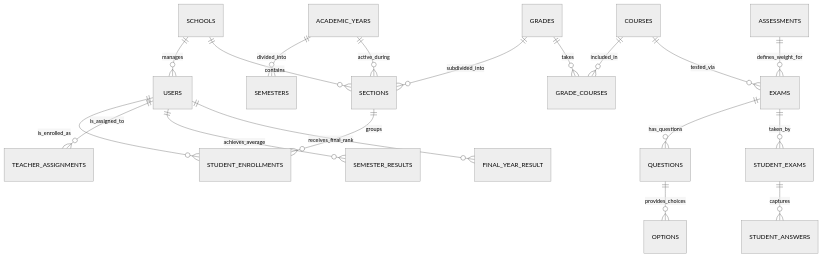
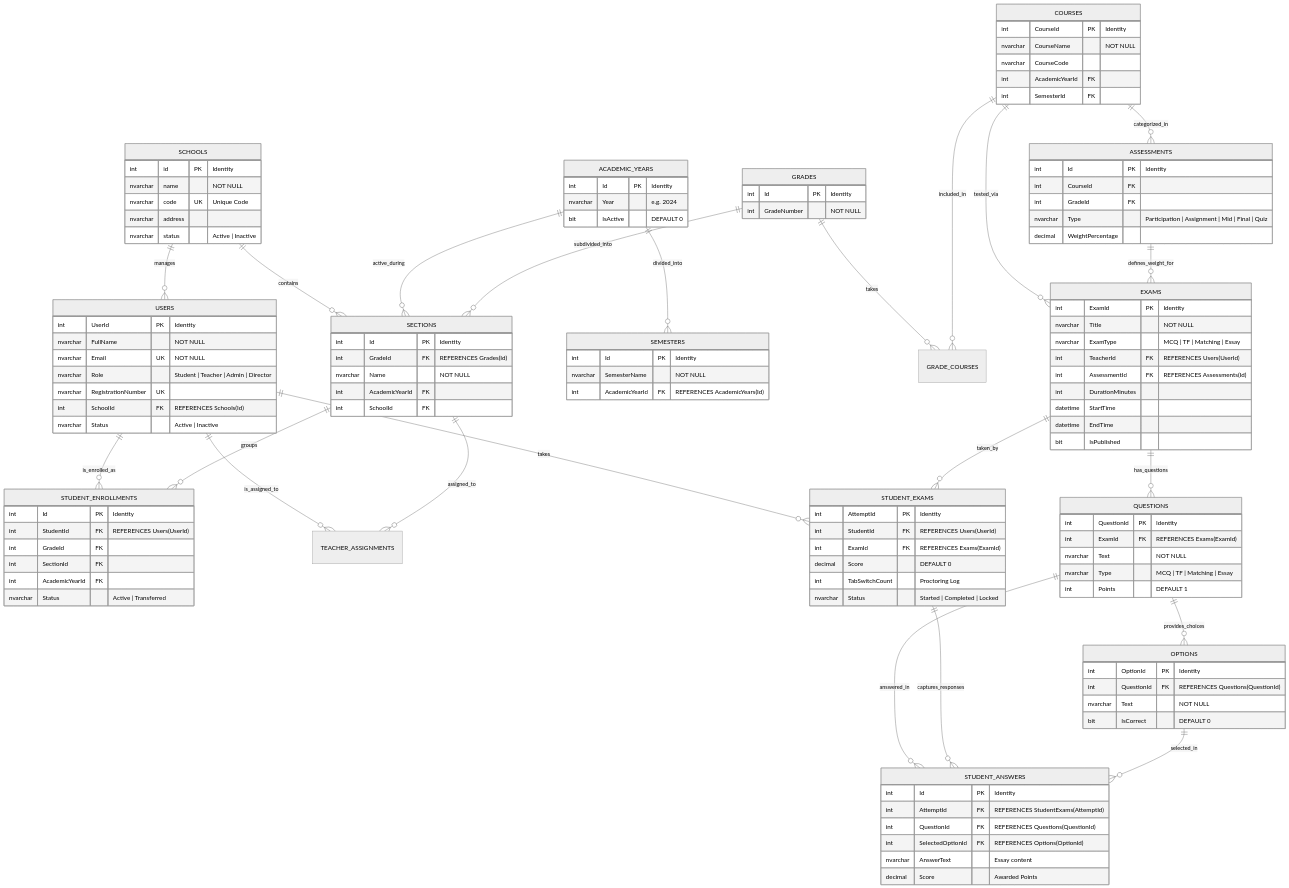
Before and after one commit to meleseabrham/Online-Examination-and-Academic-Management-System: the diagram in README.md, drawn with Mermaid (neutral theme).

Commit message:
databse read me

````diff
--- a/README.md
+++ b/README.md
@@ -262,19 +262,135 @@
     
     COURSES ||--o{ GRADE_COURSES : "included_in"
     COURSES ||--o{ EXAMS : "tested_via"
+    COURSES ||--o{ ASSESSMENTS : "categorized_in"
     
     USERS ||--o{ STUDENT_ENROLLMENTS : "is_enrolled_as"
     USERS ||--o{ TEACHER_ASSIGNMENTS : "is_assigned_to"
+    USERS ||--o{ STUDENT_EXAMS : "takes"
     
     SECTIONS ||--o{ STUDENT_ENROLLMENTS : "groups"
+    SECTIONS ||--o{ TEACHER_ASSIGNMENTS : "assigned_to"
     
     ASSESSMENTS ||--o{ EXAMS : "defines_weight_for"
     EXAMS ||--o{ QUESTIONS : "has_questions"
     EXAMS ||--o{ STUDENT_EXAMS : "taken_by"
     
     QUESTIONS ||--o{ OPTIONS : "provides_choices"
-    STUDENT_EXAMS ||--o{ STUDENT_ANSWERS : "captures"
+    QUESTIONS ||--o{ STUDENT_ANSWERS : "answered_in"
     
-    USERS ||--o{ SEMESTER_RESULTS : "achieves_average"
-    USERS ||--o{ FINAL_YEAR_RESULT : "receives_final_rank"
+    STUDENT_EXAMS ||--o{ STUDENT_ANSWERS : "captures_responses"
+    OPTIONS ||--o{ STUDENT_ANSWERS : "selected_in"
+
+    SCHOOLS {
+        int id PK "Identity"
+        nvarchar name "NOT NULL"
+        nvarchar code UK "Unique Code"
+        nvarchar address
+        nvarchar status "Active | Inactive"
+    }
+
+    USERS {
+        int UserId PK "Identity"
+        nvarchar FullName "NOT NULL"
+        nvarchar Email UK "NOT NULL"
+        nvarchar Role "Student | Teacher | Admin | Director"
+        nvarchar RegistrationNumber UK
+        int SchoolId FK "REFERENCES Schools(Id)"
+        nvarchar Status "Active | Inactive"
+    }
+
+    ACADEMIC_YEARS {
+        int Id PK "Identity"
+        nvarchar Year "e.g. 2024"
+        bit IsActive "DEFAULT 0"
+    }
+
+    SEMESTERS {
+        int Id PK "Identity"
+        nvarchar SemesterName "NOT NULL"
+        int AcademicYearId FK "REFERENCES AcademicYears(Id)"
+    }
+
+    GRADES {
+        int Id PK "Identity"
+        int GradeNumber "NOT NULL"
+    }
+
+    SECTIONS {
+        int Id PK "Identity"
+        int GradeId FK "REFERENCES Grades(Id)"
+        nvarchar Name "NOT NULL"
+        int AcademicYearId FK
+        int SchoolId FK
+    }
+
+    COURSES {
+        int CourseId PK "Identity"
+        nvarchar CourseName "NOT NULL"
+        nvarchar CourseCode
+        int AcademicYearId FK
+        int SemesterId FK
+    }
+
+    ASSESSMENTS {
+        int Id PK "Identity"
+        int CourseId FK
+        int GradeId FK
+        nvarchar Type "Participation | Assignment | Mid | Final | Quiz"
+        decimal WeightPercentage
+    }
+
+    EXAMS {
+        int ExamId PK "Identity"
+        nvarchar Title "NOT NULL"
+        nvarchar ExamType "MCQ | TF | Matching | Essay"
+        int TeacherId FK "REFERENCES Users(UserId)"
+        int AssessmentId FK "REFERENCES Assessments(Id)"
+        int DurationMinutes
+        datetime StartTime
+        datetime EndTime
+        bit IsPublished
+    }
+
+    QUESTIONS {
+        int QuestionId PK "Identity"
+        int ExamId FK "REFERENCES Exams(ExamId)"
+        nvarchar Text "NOT NULL"
+        nvarchar Type "MCQ | TF | Matching | Essay"
+        int Points "DEFAULT 1"
+    }
+
+    OPTIONS {
+        int OptionId PK "Identity"
+        int QuestionId FK "REFERENCES Questions(QuestionId)"
+        nvarchar Text "NOT NULL"
+        bit IsCorrect "DEFAULT 0"
+    }
+
+    STUDENT_EXAMS {
+        int AttemptId PK "Identity"
+        int StudentId FK "REFERENCES Users(UserId)"
+        int ExamId FK "REFERENCES Exams(ExamId)"
+        decimal Score "DEFAULT 0"
+        int TabSwitchCount "Proctoring Log"
+        nvarchar Status "Started | Completed | Locked"
+    }
+
+    STUDENT_ANSWERS {
+        int Id PK "Identity"
+        int AttemptId FK "REFERENCES StudentExams(AttemptId)"
+        int QuestionId FK "REFERENCES Questions(QuestionId)"
+        int SelectedOptionId FK "REFERENCES Options(OptionId)"
+        nvarchar AnswerText "Essay content"
+        decimal Score "Awarded Points"
+    }
+
+    STUDENT_ENROLLMENTS {
+        int Id PK "Identity"
+        int StudentId FK "REFERENCES Users(UserId)"
+        int GradeId FK
+        int SectionId FK
+        int AcademicYearId FK
+        nvarchar Status "Active | Transferred"
+    }
 ```
````
